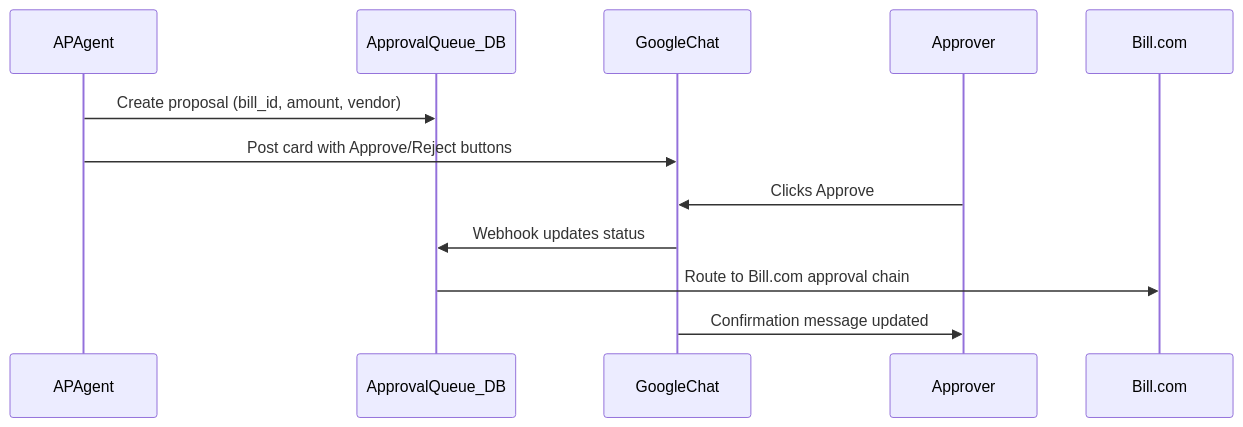
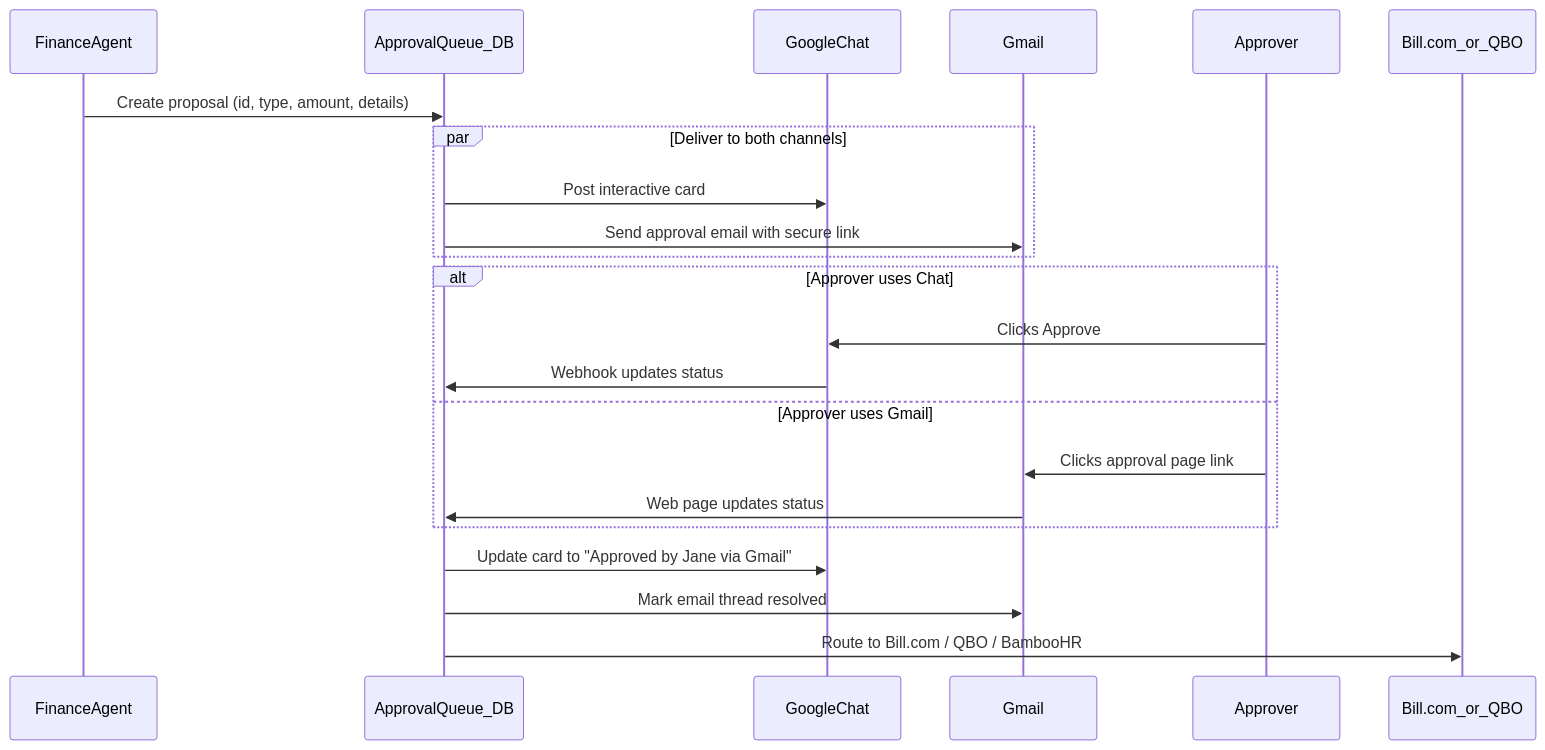
One commit to wrexlindsay58/Cozy-AI-Agents changed the third of 4 diagrams in docs/FINANCE_ARCHITECTURE.md. Above: the diagram before and after it, drawn with Mermaid. The commit also changed other lines of this file, not shown here.

First line of the commit message:
Formalize dual-channel approvals via Google Chat and Gmail

````diff
--- a/docs/FINANCE_ARCHITECTURE.md
+++ b/docs/FINANCE_ARCHITECTURE.md
@@ -182,15 +170,25 @@
 ```mermaid
 sequenceDiagram
-    participant Agent as APAgent
+    participant Agent as FinanceAgent
     participant Queue as ApprovalQueue_DB
     participant Chat as GoogleChat
+    participant Gmail as Gmail
     participant Human as Approver
-    participant Bill as Bill.com
+    participant Target as Bill.com_or_QBO
 
-    Agent->>Queue: Create proposal (bill_id, amount, vendor)
-    Agent->>Chat: Post card with Approve/Reject buttons
-    Human->>Chat: Clicks Approve
-    Chat->>Queue: Webhook updates status
-    Queue->>Bill: Route to Bill.com approval chain
-    Chat->>Human: Confirmation message updated
+    Agent->>Queue: Create proposal (id, type, amount, details)
+    par Deliver to both channels
+        Queue->>Chat: Post interactive card
+        Queue->>Gmail: Send approval email with secure link
+    end
+    alt Approver uses Chat
+        Human->>Chat: Clicks Approve
+        Chat->>Queue: Webhook updates status
+    else Approver uses Gmail
+        Human->>Gmail: Clicks approval page link
+        Gmail->>Queue: Web page updates status
+    end
+    Queue->>Chat: Update card to "Approved by Jane via Gmail"
+    Queue->>Gmail: Mark email thread resolved
+    Queue->>Target: Route to Bill.com / QBO / BambooHR
 ```
````
